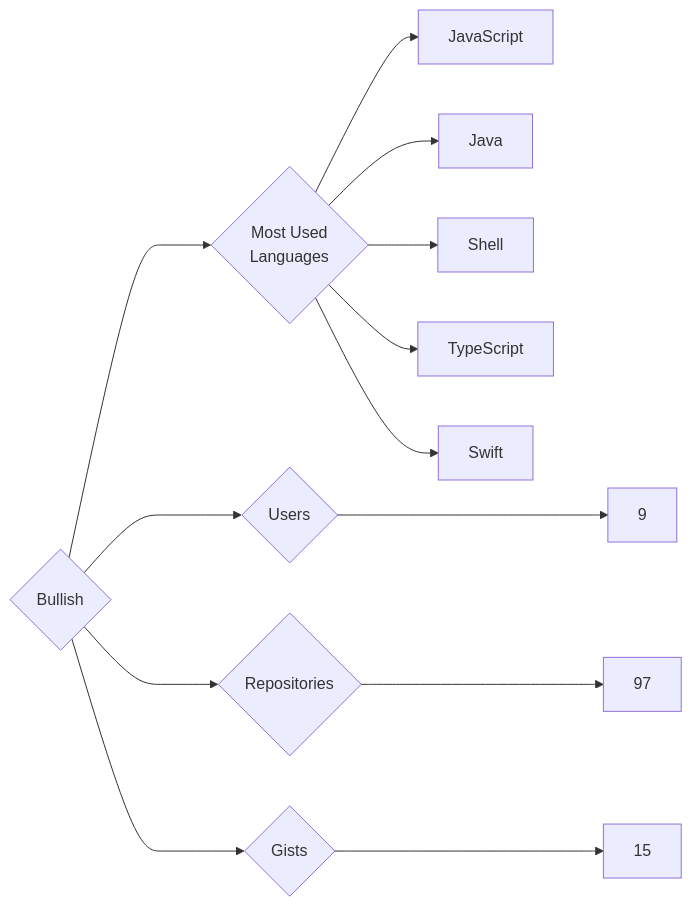
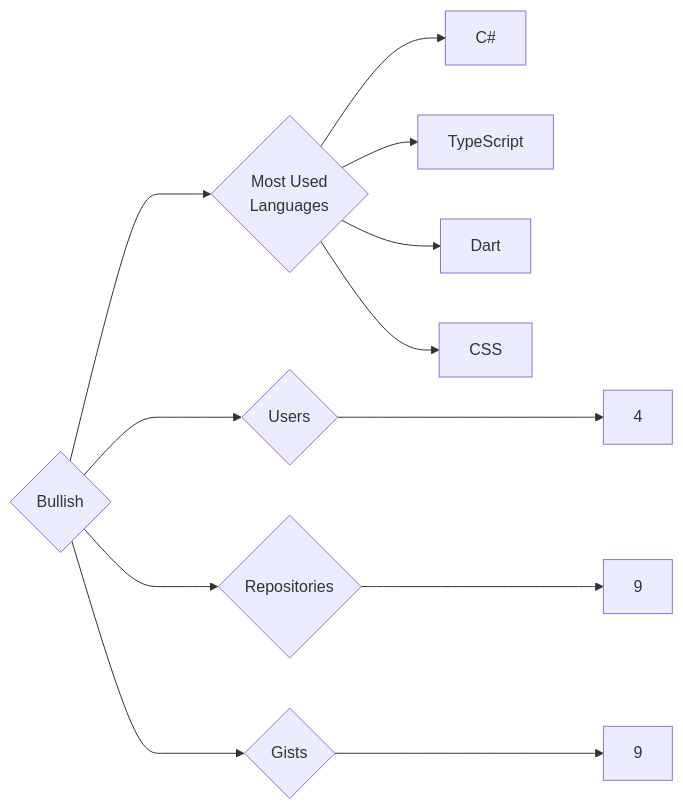
The diagram in targets/Bullish/README.md (trickest/insiders), drawn with Mermaid before and after one commit. The commit also changed 1120 other files, not shown here.

````diff
--- a/targets/Bullish/README.md
+++ b/targets/Bullish/README.md
@@ -3,13 +3,12 @@
 ```mermaid
 graph LR
 COMPANY_NAME{Bullish}
-COMPANY_NAME ---> U{Users} ---> UN[9]
-COMPANY_NAME ---> R{Repositories} ---> RN[97]
-COMPANY_NAME ---> G{Gists} ---> GN[15]
+COMPANY_NAME ---> U{Users} ---> UN[4]
+COMPANY_NAME ---> R{Repositories} ---> RN[9]
+COMPANY_NAME ---> G{Gists} ---> GN[9]
 COMPANY_NAME ---> ML{Most Used<br>Languages}
-ML --> JavaScript[JavaScript]
-ML --> Java[Java]
-ML --> Shell[Shell]
+ML --> C#[C#]
 ML --> TypeScript[TypeScript]
-ML --> Swift[Swift]
+ML --> Dart[Dart]
+ML --> CSS[CSS]
 ```
````
